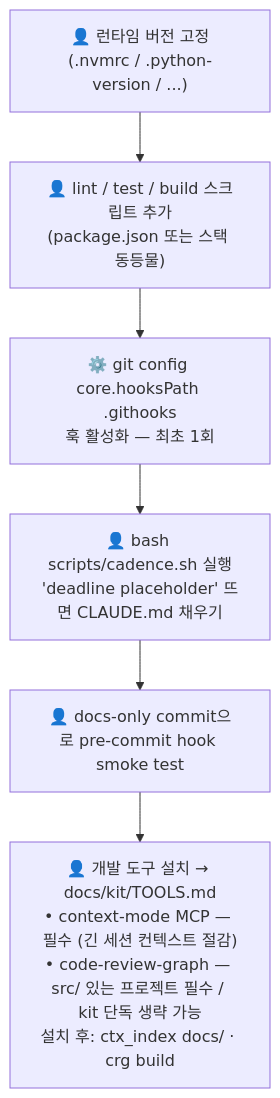
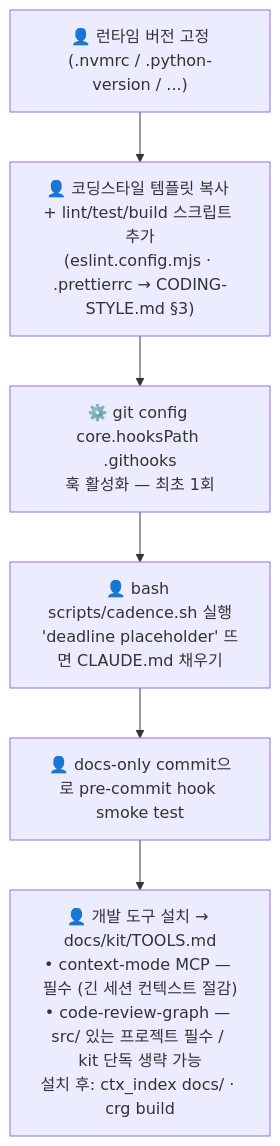
Before and after one commit to JayKim88/craft-kit: the second of 7 diagrams in docs/GUIDE.md, drawn with Mermaid. The commit also changed other lines of this file and 14 other files, not shown here.

First line of the commit message:
feat(kit): add coding-style standard + lint template [§-]

````diff
--- a/docs/GUIDE.md
+++ b/docs/GUIDE.md
@@ -47,11 +47,11 @@
 ```mermaid
 flowchart TD
     B1["👤 런타임 버전 고정\n(.nvmrc / .python-version / ...)"]
-    B2["👤 lint / test / build 스크립트 추가\n(package.json 또는 스택 동등물)"]
+    B2["👤 코딩스타일 템플릿 복사 + lint/test/build 스크립트 추가\n(eslint.config.mjs · .prettierrc → CODING-STYLE.md §3)"]
     B3["⚙️ git config core.hooksPath .githooks\n훅 활성화 — 최초 1회"]
     B4["👤 bash scripts/cadence.sh 실행\n'deadline placeholder' 뜨면 CLAUDE.md 채우기"]
     B5["👤 docs-only commit으로 pre-commit hook smoke test"]
     B6["👤 개발 도구 설치 → docs/kit/TOOLS.md\n• context-mode MCP — 필수 (긴 세션 컨텍스트 절감)\n• code-review-graph — src/ 있는 프로젝트 필수 / kit 단독 생략 가능\n설치 후: ctx_index docs/ · crg build"]
 
     B1 --> B2 --> B3 --> B4 --> B5 --> B6
 ```
````
